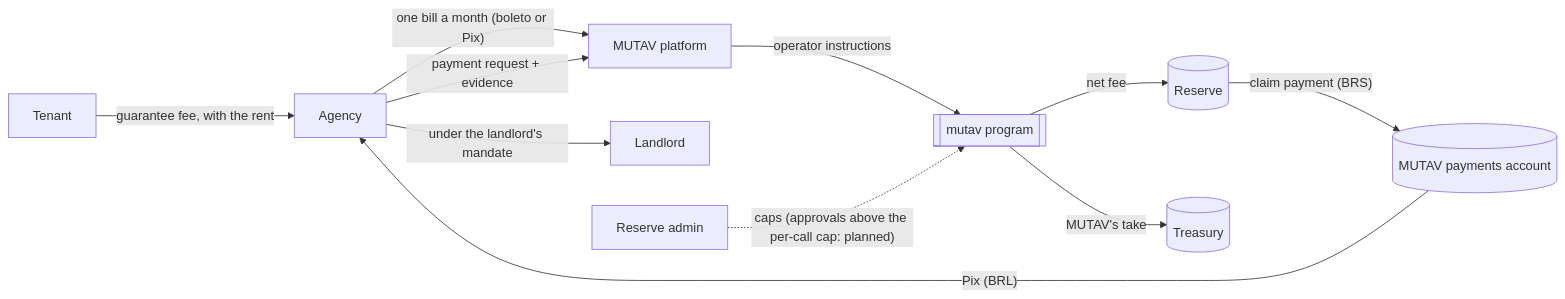
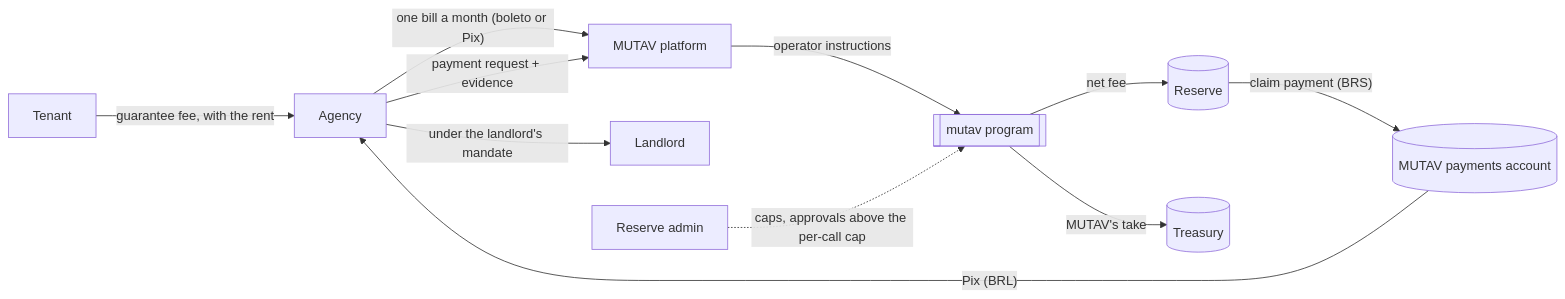
Before and after one commit to mutav-finance/mutav-protocol-solana: the diagram in docs/for-agencies/README.md, drawn with Mermaid. The commit also changed 31 other files, not shown here.

````diff
--- a/docs/for-agencies/README.md
+++ b/docs/for-agencies/README.md
@@ -36,13 +36,13 @@
 ```mermaid
 flowchart LR
   T[Tenant] -- "guarantee fee, with the rent" --> A[Agency]
   A -- "one bill a month (boleto or Pix)" --> M[MUTAV platform]
   A -- "payment request + evidence" --> M
   M -- "operator instructions" --> P[[mutav program]]
   P -- "net fee" --> R[(Reserve)]
   P -- "MUTAV's take" --> TR[(Treasury)]
   R -- "claim payment (BRS)" --> PA[(MUTAV payments account)]
   PA -- "Pix (BRL)" --> A
   A -- "under the landlord's mandate" --> L[Landlord]
-  AD[Reserve admin] -. "caps (approvals above the per-call cap: planned)" .-> P
+  AD[Reserve admin] -. "caps, approvals above the per-call cap" .-> P
 ```
````
